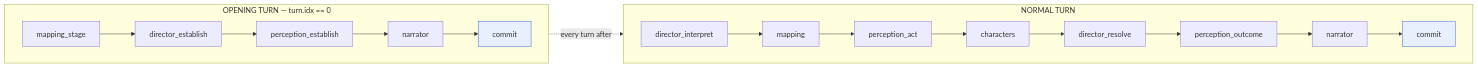
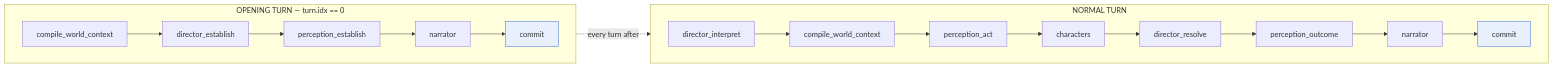
Before and after one commit to N0819/Sonder_Engine: the third of 9 diagrams in docs/guides/ENGINEERING.md, drawn with Mermaid. The commit also changed other lines of this file and 73 other files, not shown here.

````diff
--- a/docs/guides/ENGINEERING.md
+++ b/docs/guides/ENGINEERING.md
@@ -177,15 +191,15 @@
 ```mermaid
 flowchart LR
     subgraph O["OPENING TURN — turn.idx == 0"]
         direction LR
-        O1["mapping_stage"] --> O2["director_establish"] --> O3["perception_establish"] --> O4["narrator"] --> O5["commit"]
+        O1["compile_world_context"] --> O2["director_establish"] --> O3["perception_establish"] --> O4["narrator"] --> O5["commit"]
     end
     subgraph N["NORMAL TURN"]
         direction LR
-        N1["director_interpret"] --> N2["mapping"] --> N3["perception_act"] --> N4["characters"] --> N5["director_resolve"] --> N6["perception_outcome"] --> N7["narrator"] --> N8["commit"]
+        N1["director_interpret"] --> N2["compile_world_context"] --> N3["perception_act"] --> N4["characters"] --> N5["director_resolve"] --> N6["perception_outcome"] --> N7["narrator"] --> N8["commit"]
     end
     O -.->|"every turn after"| N
 
     style O5 fill:#e8f0fe,stroke:#3367d6
     style N8 fill:#e8f0fe,stroke:#3367d6
 ```
````
